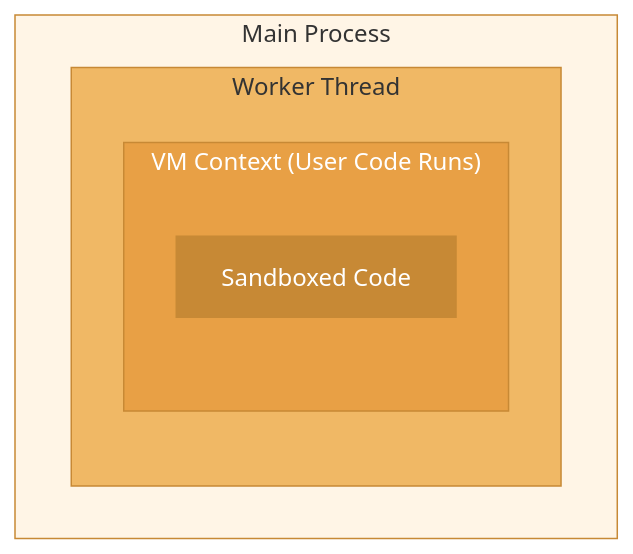
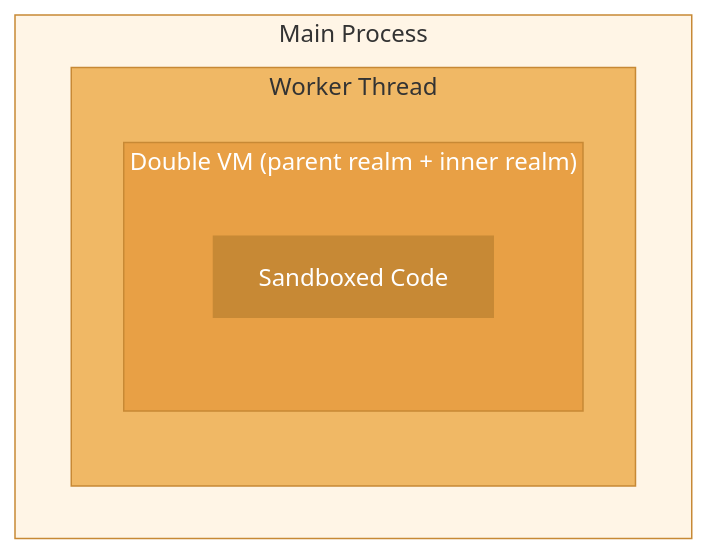
The diagram in docs/enclave/core-libraries/enclave-vm/worker-pool.mdx (agentfront/enclave), drawn with Mermaid before and after one commit. The commit also changed other lines of this file and 166 other files, not shown here.

````diff
--- a/docs/enclave/core-libraries/enclave-vm/worker-pool.mdx
+++ b/docs/enclave/core-libraries/enclave-vm/worker-pool.mdx
@@ -117,15 +131,15 @@
 ```mermaid
 %%{init: {'theme': 'base', 'themeVariables': { 'primaryColor': '#e8a045', 'primaryTextColor': '#fff', 'primaryBorderColor': '#c78935', 'lineColor': '#c78935', 'secondaryColor': '#f0b865', 'tertiaryColor': '#fff5e6'}}}%%
 flowchart TB
     subgraph main["Main Process"]
         subgraph worker["Worker Thread"]
-            subgraph vm["VM Context (User Code Runs)"]
+            subgraph vm["Double VM (parent realm + inner realm)"]
                 code["Sandboxed Code"]
             end
         end
     end
     style main fill:#fff5e6,stroke:#c78935,color:#333
     style worker fill:#f0b865,stroke:#c78935,color:#333
     style vm fill:#e8a045,stroke:#c78935,color:#fff
     style code fill:#c78935,stroke:#c78935,color:#fff
 ```
````
